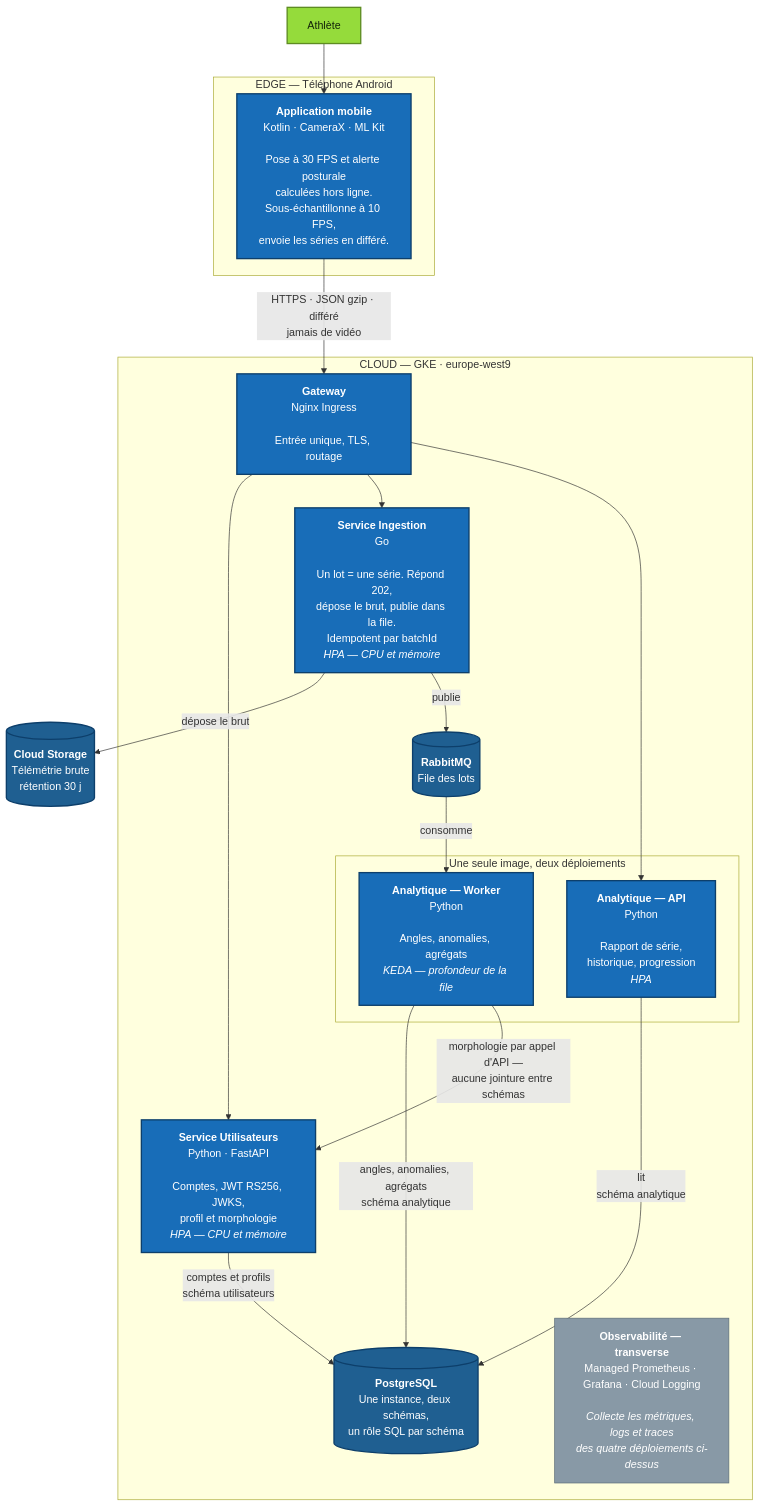
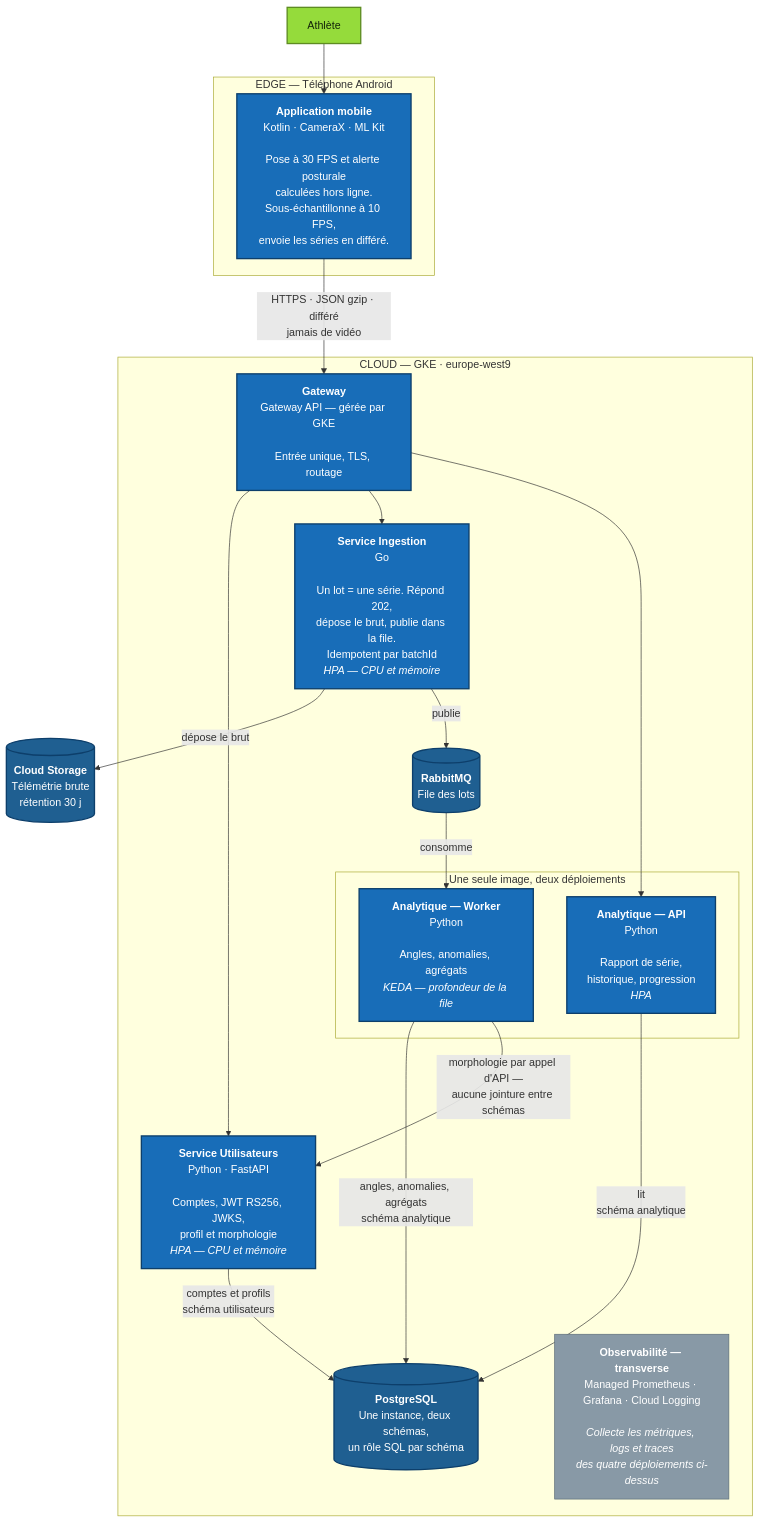
The second of 3 diagrams in profile/README.md (BodyVision-CCM/.github), drawn with Mermaid before and after one commit.

Commit message:
docs: la passerelle passe de Nginx Ingress à Gateway API
Le contrôleur ingress-nginx est retiré depuis mars 2026 et ne reçoit plus
de correctif de sécurité. GKE gère nativement Gateway API, qui est la
cible retenue par la revue infrastructure de SCRUM-25.

SCRUM-25

Claude-Session: https://claude.ai/code/session_01BEbxyMFTnN7cmCG9g6i1rq

````diff
--- a/profile/README.md
+++ b/profile/README.md
@@ -89,54 +89,54 @@
 ```mermaid
 flowchart TB
     athlete["Athlète"]
 
     subgraph edge["EDGE — Téléphone Android"]
         app["<b>Application mobile</b><br/>Kotlin · CameraX · ML Kit<br/><br/>Pose à 30 FPS et alerte posturale<br/>calculées hors ligne.<br/>Sous-échantillonne à 10 FPS,<br/>envoie les séries en différé."]
     end
 
     subgraph cloud["CLOUD — GKE · europe-west9"]
-        gw["<b>Gateway</b><br/>Nginx Ingress<br/><br/>Entrée unique, TLS, routage"]
+        gw["<b>Gateway</b><br/>Gateway API — gérée par GKE<br/><br/>Entrée unique, TLS, routage"]
 
         users["<b>Service Utilisateurs</b><br/>Python · FastAPI<br/><br/>Comptes, JWT RS256, JWKS,<br/>profil et morphologie<br/><i>HPA — CPU et mémoire</i>"]
 
         ing["<b>Service Ingestion</b><br/>Go<br/><br/>Un lot = une série. Répond 202,<br/>dépose le brut, publie dans la file.<br/>Idempotent par batchId<br/><i>HPA — CPU et mémoire</i>"]
 
         subgraph img3["Une seule image, deux déploiements"]
             api["<b>Analytique — API</b><br/>Python<br/><br/>Rapport de série,<br/>historique, progression<br/><i>HPA</i>"]
             wrk["<b>Analytique — Worker</b><br/>Python<br/><br/>Angles, anomalies, agrégats<br/><i>KEDA — profondeur de la file</i>"]
         end
 
         mq[("<b>RabbitMQ</b><br/>File des lots")]
         db[("<b>PostgreSQL</b><br/>Une instance, deux schémas,<br/>un rôle SQL par schéma")]
         obs["<b>Observabilité — transverse</b><br/>Managed Prometheus · Grafana · Cloud Logging<br/><br/><i>Collecte les métriques, logs et traces<br/>des quatre déploiements ci-dessus</i>"]
     end
 
     gcs[("<b>Cloud Storage</b><br/>Télémétrie brute<br/>rétention 30 j")]
 
     athlete --> app
     app -->|"HTTPS · JSON gzip · différé<br/>jamais de vidéo"| gw
 
     gw --> users
     gw --> ing
     gw --> api
 
     ing -->|"dépose le brut"| gcs
     ing -->|"publie"| mq
     mq -->|"consomme"| wrk
 
     wrk -->|"angles, anomalies, agrégats<br/>schéma analytique"| db
     api -->|"lit<br/>schéma analytique"| db
     users -->|"comptes et profils<br/>schéma utilisateurs"| db
 
     wrk -->|"morphologie par appel d'API —<br/>aucune jointure entre schémas"| users
 
     classDef personne fill:#95DB3B,stroke:#5e8c22,stroke-width:2px,color:#13240a
     classDef conteneur fill:#186DB8,stroke:#0d3f6b,stroke-width:2px,color:#ffffff
     classDef stockage fill:#1f5f91,stroke:#0d3f6b,stroke-width:2px,color:#ffffff
     classDef plateforme fill:#8899a6,stroke:#5a6b77,stroke-width:1px,color:#ffffff
 
     class athlete personne
     class app,gw,users,ing,api,wrk conteneur
     class mq,db,gcs stockage
     class obs plateforme
 ```
````
